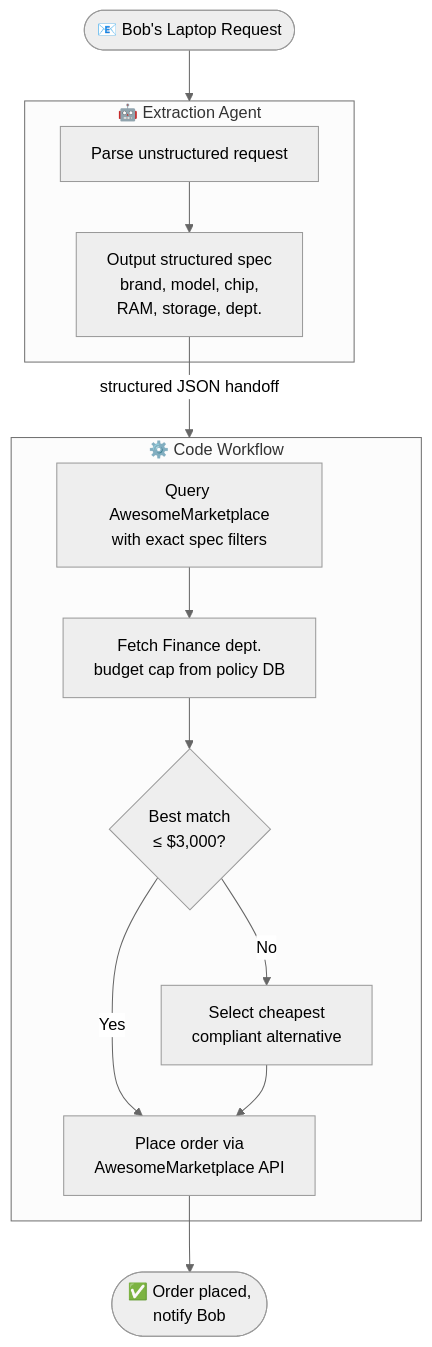
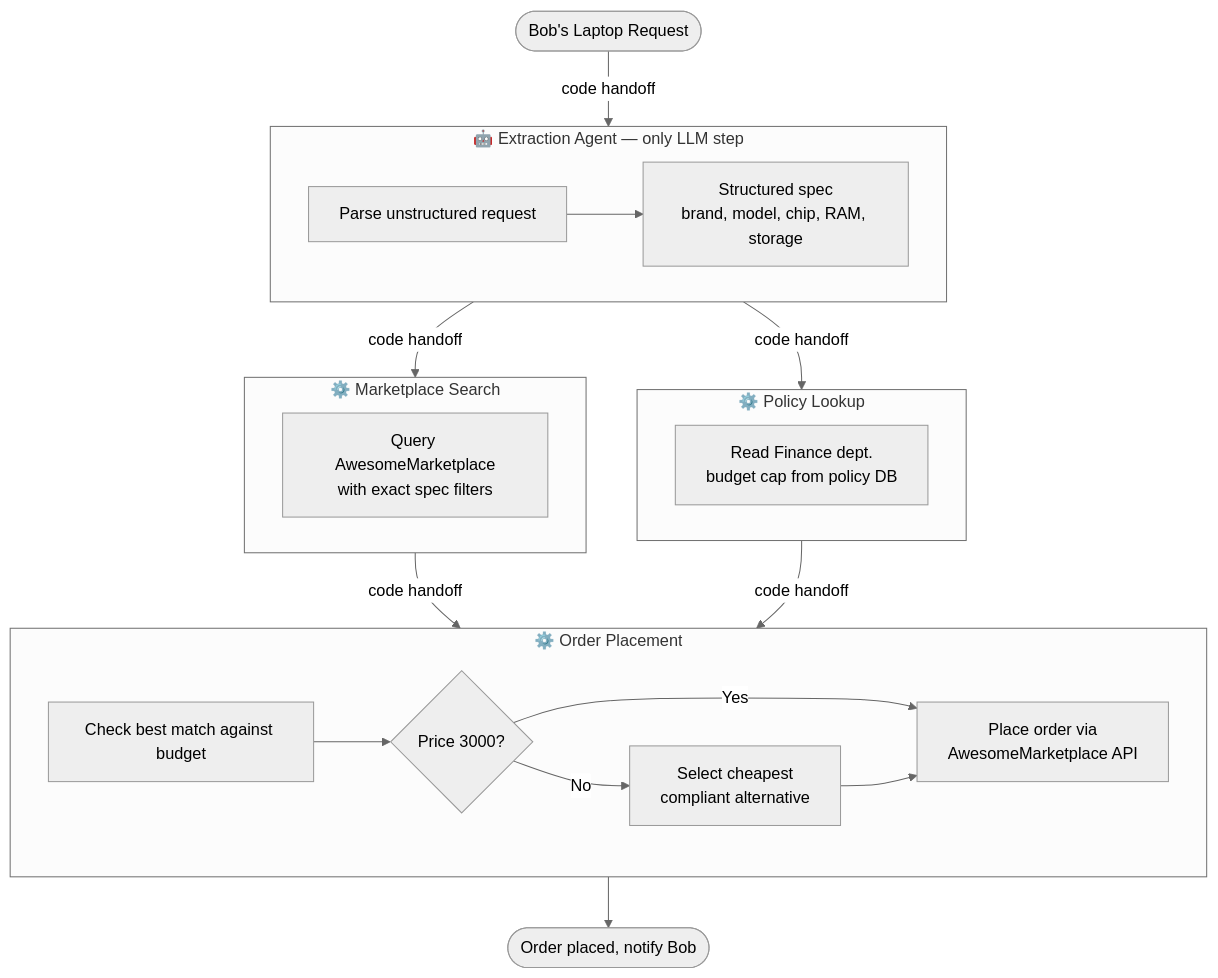
The third of 3 diagrams in src/content/blog/free-form-blog-post.mdx (FridljDa/FridljDa.github.io), drawn with Mermaid (neutral theme) before and after one commit.

Commit message:
feat: refine Mermaid diagram for free-form blog post with enhanced agent workflow and order placement logic

````diff
--- a/src/content/blog/free-form-blog-post.mdx
+++ b/src/content/blog/free-form-blog-post.mdx
@@ -79,24 +79,36 @@
 ```mermaid
 flowchart TD
-    INPUT([📧 Bob's Laptop Request])
+    INPUT([Bob's Laptop Request])
 
-    INPUT --> A1
+    INPUT -->|code handoff| A1
 
-    subgraph A1 ["🤖 Extraction Agent"]
+    subgraph A1 ["🤖 Extraction Agent  —  only LLM step"]
         E1[Parse unstructured request]
-        E1 --> E2[Output structured spec\nbrand, model, chip,\nRAM, storage, dept.]
+        E1 --> E2[Structured spec\nbrand, model, chip, RAM, storage]
     end
 
-    E2 -->|structured JSON handoff| W1
+    A1 -->|code handoff| W1
+    A1 -->|code handoff| W2
 
-    subgraph W1 ["⚙️ Code Workflow"]
-        W2[Query AwesomeMarketplace\nwith exact spec filters]
-        W2 --> W3[Fetch Finance dept.\nbudget cap from policy DB]
-        W3 --> W4{Best match\n≤ $3,000?}
-        W4 -- Yes --> W5[Place order via\nAwesomeMarketplace API]
-        W4 -- No --> W6[Select cheapest\ncompliant alternative]
-        W6 --> W5
+    subgraph W1 ["⚙️ Marketplace Search"]
+        S1[Query AwesomeMarketplace\nwith exact spec filters]
     end
 
-    W5 --> OUT([✅ Order placed,\nnotify Bob])
+    subgraph W2 ["⚙️ Policy Lookup"]
+        P1[Read Finance dept.\nbudget cap from policy DB]
+    end
+
+    W1 -->|code handoff| W3
+    W2 -->|code handoff| W3
+
+    subgraph W3 ["⚙️ Order Placement"]
+        O1[Check best match against budget]
+        O1 --> O2{Price 3000?}
+        O2 -- Yes --> O3[Place order via\nAwesomeMarketplace API]
+        O2 -- No --> O4[Select cheapest\ncompliant alternative]
+        O4 --> O3
+    end
+
+    W3 --> OUT([Order placed, notify Bob])
+
 ```
````
